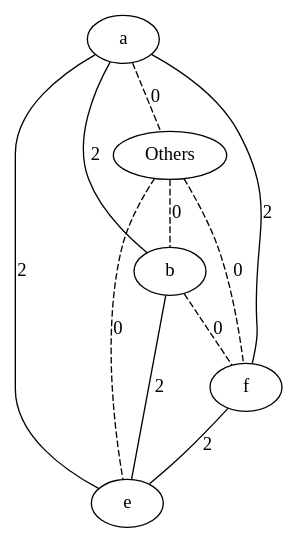
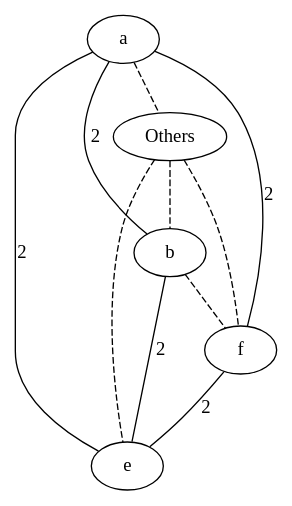
Before and after one commit to lrodrin/TFG: the diagram in src/extension/plainGraph.dot, drawn with Graphviz. The commit also changed 2 other files, not shown here.

```diff
--- a/src/extension/plainGraph.dot
+++ b/src/extension/plainGraph.dot
@@ -1,17 +1,17 @@
 strict graph "()" {
 a;
 Others;
 b;
 f;
 e;
-a -- Others  [color=black, label=0, style=dashed];
+a -- Others  [color=black, style=dashed];
 a -- b  [color=black, label=2, style=solid];
 a -- f  [color=black, label=2, style=solid];
 a -- e  [color=black, label=2, style=solid];
-Others -- b  [color=black, label=0, style=dashed];
-Others -- f  [color=black, label=0, style=dashed];
-Others -- e  [color=black, label=0, style=dashed];
-b -- f  [color=black, label=0, style=dashed];
+Others -- b  [color=black, style=dashed];
+Others -- f  [color=black, style=dashed];
+Others -- e  [color=black, style=dashed];
+b -- f  [color=black, style=dashed];
 b -- e  [color=black, label=2, style=solid];
 f -- e  [color=black, label=2, style=solid];
 }
```
